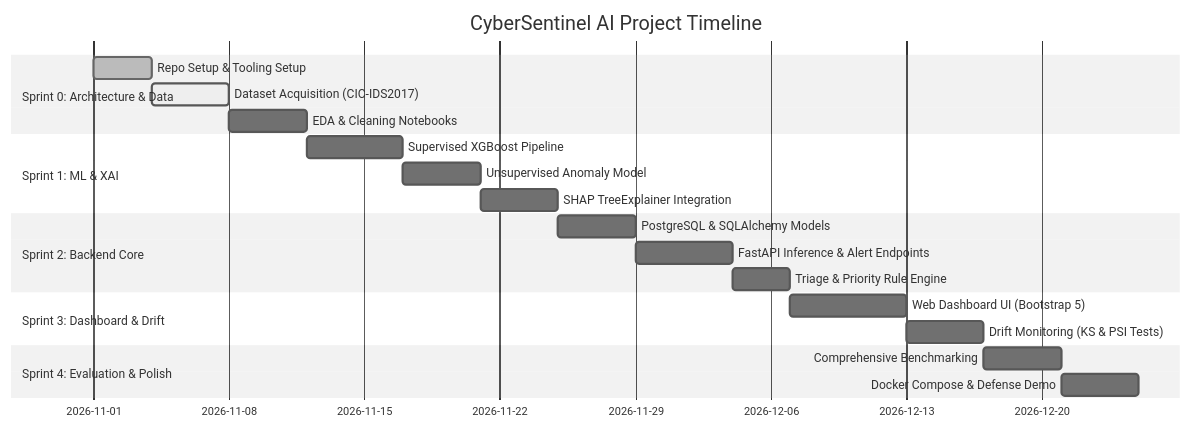
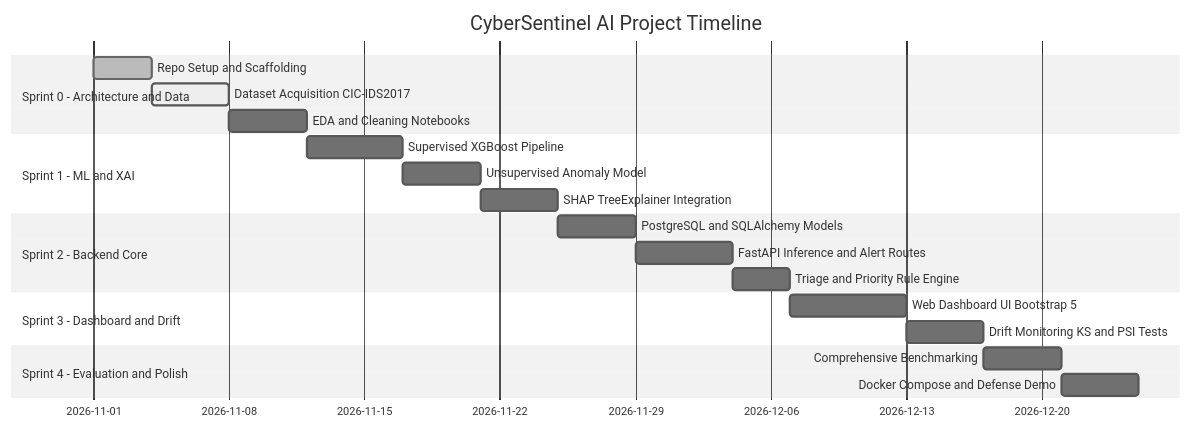
One commit to sunayanakamat04/cybersentinel-ai changed the diagram in docs/TEAM_ROADMAP.md. Above: the diagram before and after it, drawn with Mermaid (neutral theme). The commit also changed 3 other files, not shown here.

Commit message:
fix(docs): resolve Mermaid syntax parse errors for GitHub rich display rendering

````diff
--- a/docs/TEAM_ROADMAP.md
+++ b/docs/TEAM_ROADMAP.md
@@ -20,23 +20,23 @@
 ```mermaid
 gantt
     title CyberSentinel AI Project Timeline
-    dateFormat  YYYY-MM-DD
-    section Sprint 0: Architecture & Data
-    Repo Setup & Tooling Setup           :done, 2026-11-01, 3d
-    Dataset Acquisition (CIC-IDS2017)    :active, 2026-11-04, 4d
-    EDA & Cleaning Notebooks             :2026-11-08, 4d
-    section Sprint 1: ML & XAI
+    dateFormat YYYY-MM-DD
+    section Sprint 0 - Architecture and Data
+    Repo Setup and Scaffolding           :done, 2026-11-01, 3d
+    Dataset Acquisition CIC-IDS2017      :active, 2026-11-04, 4d
+    EDA and Cleaning Notebooks           :2026-11-08, 4d
+    section Sprint 1 - ML and XAI
     Supervised XGBoost Pipeline          :2026-11-12, 5d
     Unsupervised Anomaly Model           :2026-11-17, 4d
     SHAP TreeExplainer Integration       :2026-11-21, 4d
-    section Sprint 2: Backend Core
-    PostgreSQL & SQLAlchemy Models       :2026-11-25, 4d
-    FastAPI Inference & Alert Endpoints  :2026-11-29, 5d
-    Triage & Priority Rule Engine        :2026-12-04, 3d
-    section Sprint 3: Dashboard & Drift
-    Web Dashboard UI (Bootstrap 5)       :2026-12-07, 6d
-    Drift Monitoring (KS & PSI Tests)    :2026-12-13, 4d
-    section Sprint 4: Evaluation & Polish
+    section Sprint 2 - Backend Core
+    PostgreSQL and SQLAlchemy Models     :2026-11-25, 4d
+    FastAPI Inference and Alert Routes   :2026-11-29, 5d
+    Triage and Priority Rule Engine      :2026-12-04, 3d
+    section Sprint 3 - Dashboard and Drift
+    Web Dashboard UI Bootstrap 5         :2026-12-07, 6d
+    Drift Monitoring KS and PSI Tests    :2026-12-13, 4d
+    section Sprint 4 - Evaluation and Polish
     Comprehensive Benchmarking           :2026-12-17, 4d
-    Docker Compose & Defense Demo        :2026-12-21, 4d
+    Docker Compose and Defense Demo      :2026-12-21, 4d
 ```
````
